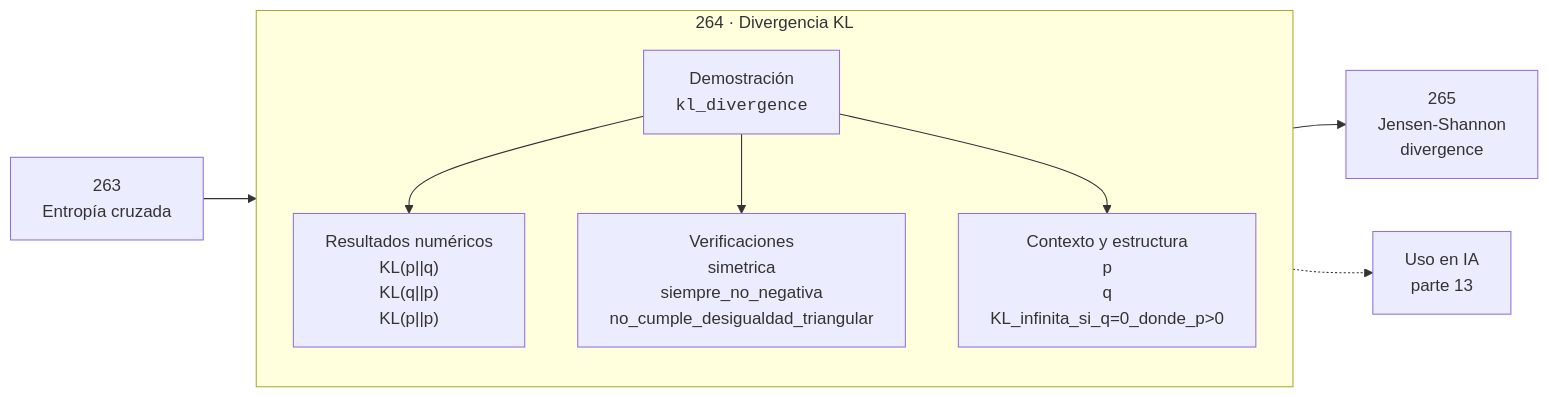
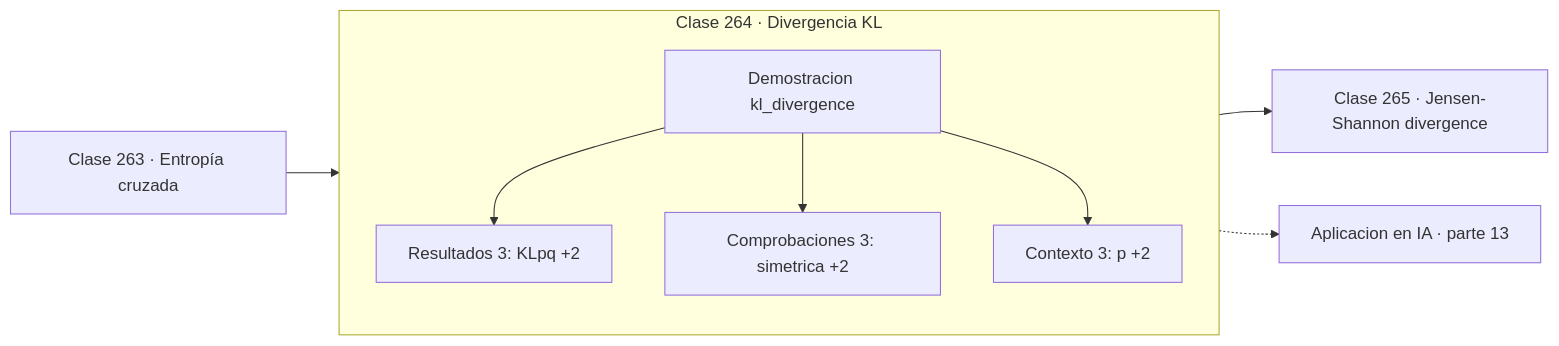
One commit to vladimiracunadev-create/computational-mathematics-program changed the diagram in classes/part-13-teoria-de-la-informacion-senales-y-series/264-divergencia-kl/README.md. Above: the diagram before and after it, drawn with Mermaid. The commit also changed 389 other files, not shown here.

First line of the commit message:
fix(diagramas): elimina el HTML de las etiquetas Mermaid

````diff
--- a/classes/part-13-teoria-de-la-informacion-senales-y-series/264-divergencia-kl/README.md
+++ b/classes/part-13-teoria-de-la-informacion-senales-y-series/264-divergencia-kl/README.md
@@ -30,12 +30,13 @@
 ```mermaid
 flowchart LR
-    P["263<br/>Entropía cruzada"] --> C
-    subgraph C["264 · Divergencia KL"]
+    P["Clase 263 · Entropía cruzada"] --> D
+    subgraph CLASE["Clase 264 · Divergencia KL"]
         direction TB
-        D["Demostración<br/><code>kl_divergence</code>"] --> R["Resultados numéricos<br/>KL(p||q)<br/>KL(q||p)<br/>KL(p||p)"]
-        D --> V["Verificaciones<br/>simetrica<br/>siempre_no_negativa<br/>no_cumple_desigualdad_triangular"]
-        D --> O["Contexto y estructura<br/>p<br/>q<br/>KL_infinita_si_q=0_donde_p>0"]
+        D["Demostracion kl_divergence"]
+        D --> R["Resultados 3: KLpq +2"]
+        D --> V["Comprobaciones 3: simetrica +2"]
+        D --> O["Contexto 3: p +2"]
     end
-    C --> N["265<br/>Jensen-Shannon<br/>divergence"]
-    C -.-> IA["Uso en IA<br/>parte 13"]
+    R --> N["Clase 265 · Jensen-Shannon divergence"]
+    V -.-> IA["Aplicacion en IA · parte 13"]
 ```
````
